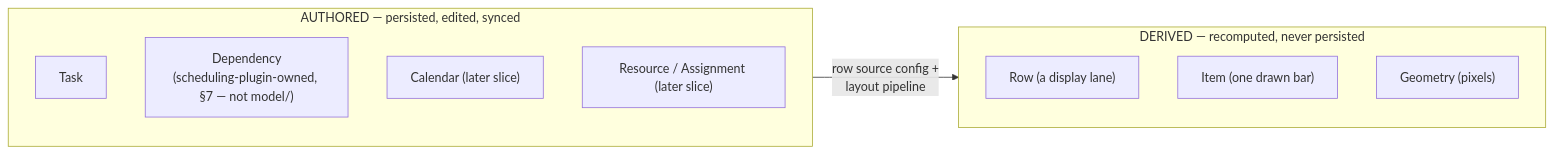
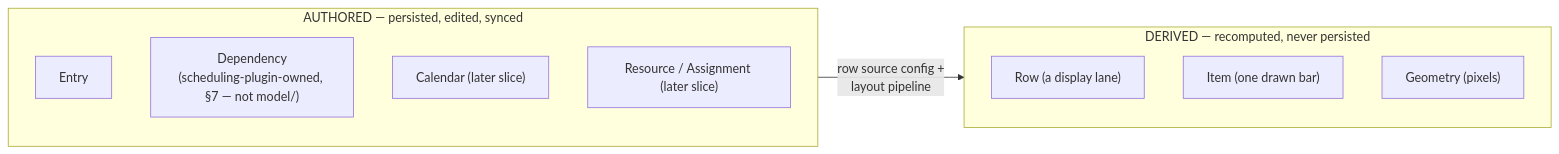
The second of 6 diagrams in plans/01-domain-architecture.md (freegantt/freegantt), drawn with Mermaid before and after one commit. The commit also changed other lines of this file and 38 other files, not shown here.

First line of the commit message:
Rename Task -> Entry: domain-neutral vocabulary for the core record (#17) (#44)

````diff
--- a/plans/01-domain-architecture.md
+++ b/plans/01-domain-architecture.md
@@ -94,19 +94,19 @@
 ```mermaid
 flowchart LR
   subgraph authored["AUTHORED — persisted, edited, synced"]
     direction TB
-    T["Task"]
+    T["Entry"]
     DEP["Dependency<br/>(scheduling-plugin-owned, §7 — not model/)"]
     CAL["Calendar (later slice)"]
     RES["Resource / Assignment (later slice)"]
   end
 
   subgraph derived["DERIVED — recomputed, never persisted"]
     direction TB
     ROW["Row (a display lane)"]
     ITEM["Item (one drawn bar)"]
     GEO["Geometry (pixels)"]
   end
 
   authored -->|"row source config +<br/>layout pipeline"| derived
 ```
````
